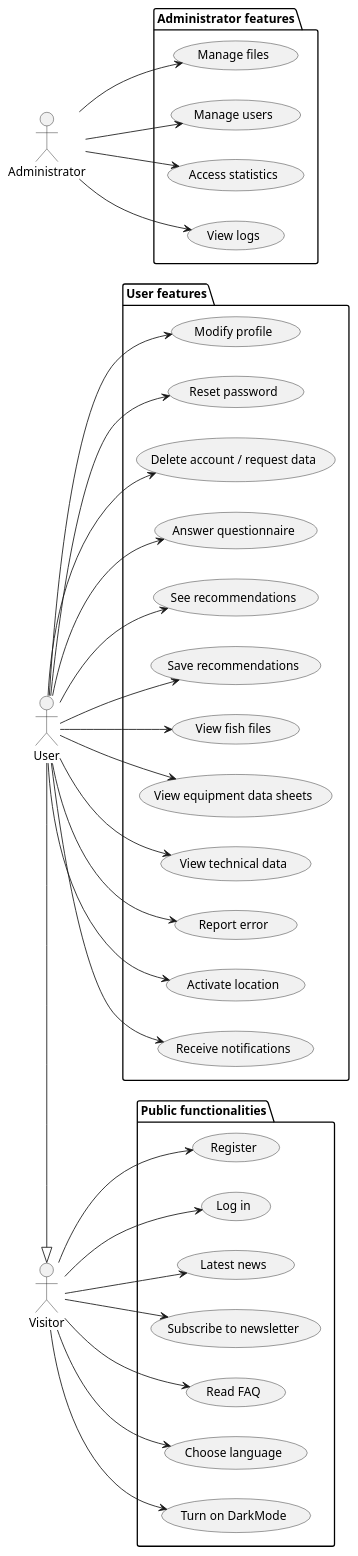
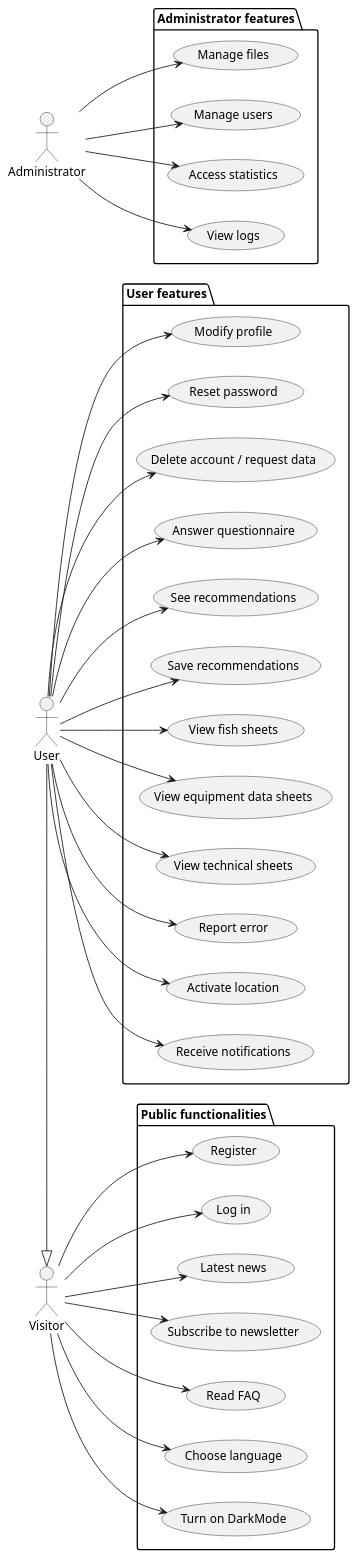
Before and after one commit to Orygyne/Fish-learning: the diagram in Conception/Diagrammes/UsesCases.puml, drawn with PlantUML.

Commit message:
Corrections syntaxiques mineures.

```diff
--- a/Conception/Diagrammes/UsesCases.puml
+++ b/Conception/Diagrammes/UsesCases.puml
@@ -1,43 +1,43 @@
 @startuml UsesCases
 
 left to right direction
 
 actor Visitor
 actor User
 actor Administrator
 
 User -|> Visitor
 
 package "Public functionalities" {
     Visitor --> (Register)
     Visitor --> (Log in)
     Visitor --> (Latest news)
     Visitor --> (Subscribe to newsletter)
     Visitor --> (Read FAQ)
     Visitor --> (Choose language)
     Visitor --> (Turn on DarkMode)
 }
 
 package "User features" {
     User --> (Modify profile)
     User --> (Reset password)
     User --> (Delete account / request data)
     User --> (Answer questionnaire)
     User --> (See recommendations)
     User --> (Save recommendations)
-    User --> (View fish files)
+    User --> (View fish sheets)
     User --> (View equipment data sheets)
-    User --> (View technical data)
+    User --> (View technical sheets)
     User --> (Report error)
     User --> (Activate location)
     User --> (Receive notifications)
 }
 
 package "Administrator features" {
     Administrator --> (Manage files)
     Administrator --> (Manage users)
     Administrator --> (Access statistics)
     Administrator --> (View logs)
 }
 
 @enduml
```
